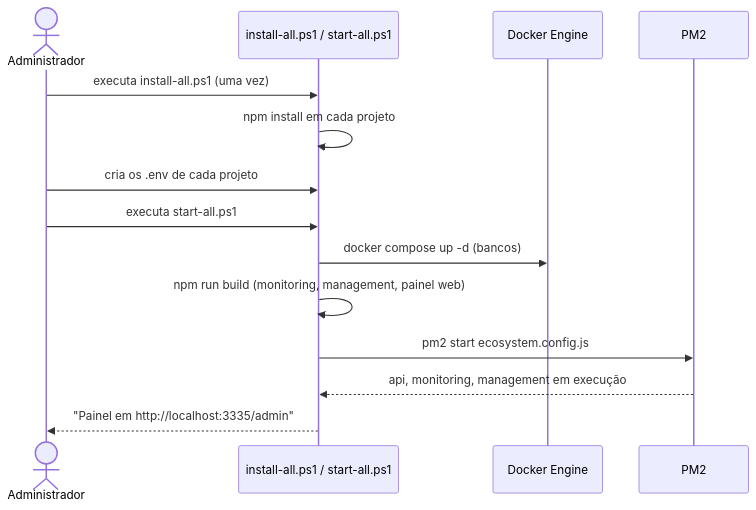
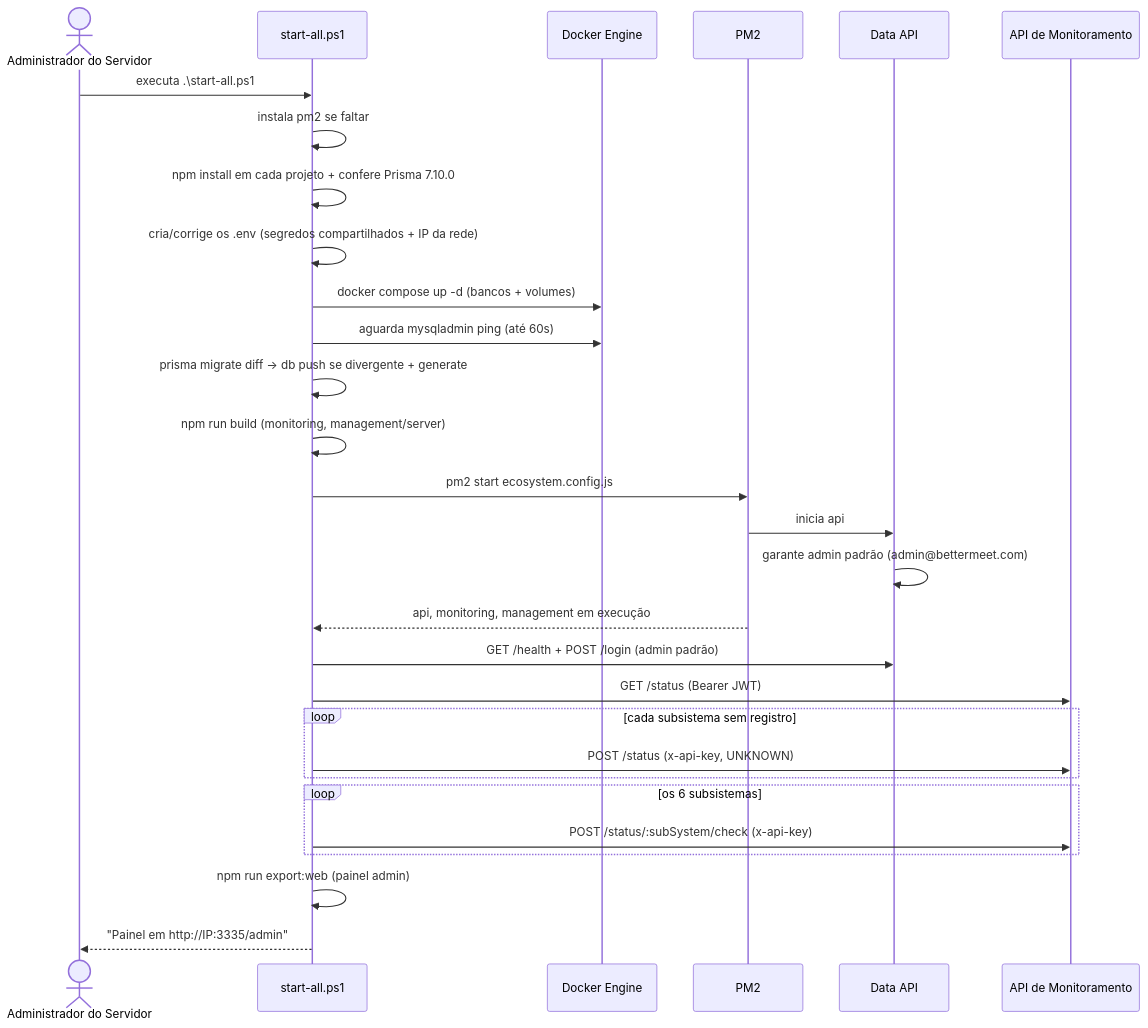
One commit to MiguelIFSP/BRTPDS2-PROJETO-E-DESENVOLVIMENTO-DE-SISTEMAS-2 changed diagram 13 of 19 in documentos/entrega2_Di1/requisitos_e_casos_de_uso.md. Above: the diagram before and after it, drawn with Mermaid. The commit also changed other lines of this file and 1 other file, not shown here.

First line of the commit message:
docs: alinha documentação de Informações do Sistema ao código e bancos

````diff
--- a/documentos/entrega2_Di1/requisitos_e_casos_de_uso.md
+++ b/documentos/entrega2_Di1/requisitos_e_casos_de_uso.md
@@ -514,17 +538,32 @@
 ```mermaid
 sequenceDiagram
-    actor Adm as Administrador
-    participant Script as install-all.ps1 / start-all.ps1
+    actor Adm as Administrador do Servidor
+    participant Script as start-all.ps1
     participant Docker as Docker Engine
     participant PM2 as PM2
+    participant Api as Data API
+    participant Mon as API de Monitoramento
 
-    Adm->>Script: executa install-all.ps1 (uma vez)
-    Script->>Script: npm install em cada projeto
-    Adm->>Script: cria os .env de cada projeto
-    Adm->>Script: executa start-all.ps1
-    Script->>Docker: docker compose up -d (bancos)
-    Script->>Script: npm run build (monitoring, management, painel web)
+    Adm->>Script: executa .\start-all.ps1
+    Script->>Script: instala pm2 se faltar
+    Script->>Script: npm install em cada projeto + confere Prisma 7.10.0
+    Script->>Script: cria/corrige os .env (segredos compartilhados + IP da rede)
+    Script->>Docker: docker compose up -d (bancos + volumes)
+    Script->>Docker: aguarda mysqladmin ping (até 60s)
+    Script->>Script: prisma migrate diff → db push se divergente + generate
+    Script->>Script: npm run build (monitoring, management/server)
     Script->>PM2: pm2 start ecosystem.config.js
+    PM2->>Api: inicia api
+    Api->>Api: garante admin padrão (admin@bettermeet.com)
     PM2-->>Script: api, monitoring, management em execução
-    Script-->>Adm: "Painel em http://localhost:3335/admin"
+    Script->>Api: GET /health + POST /login (admin padrão)
+    Script->>Mon: GET /status (Bearer JWT)
+    loop cada subsistema sem registro
+        Script->>Mon: POST /status (x-api-key, UNKNOWN)
+    end
+    loop os 6 subsistemas
+        Script->>Mon: POST /status/:subSystem/check (x-api-key)
+    end
+    Script->>Script: npm run export:web (painel admin)
+    Script-->>Adm: "Painel em http://IP:3335/admin"
 ```
````
